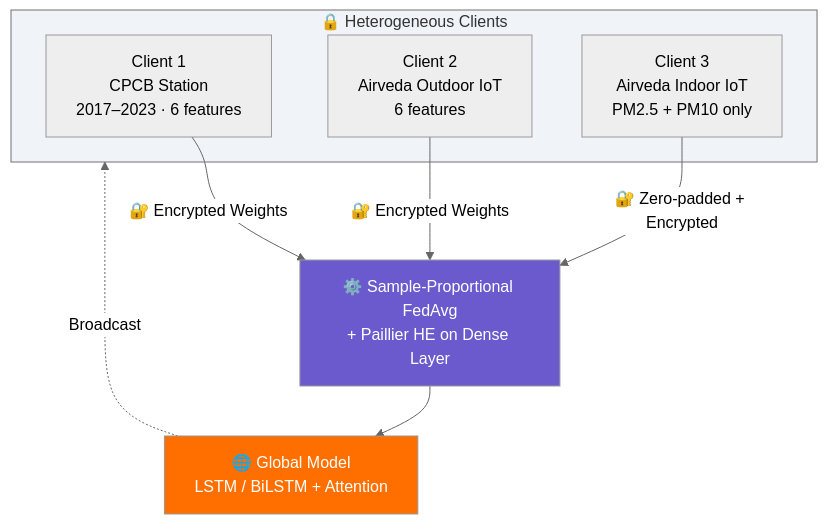
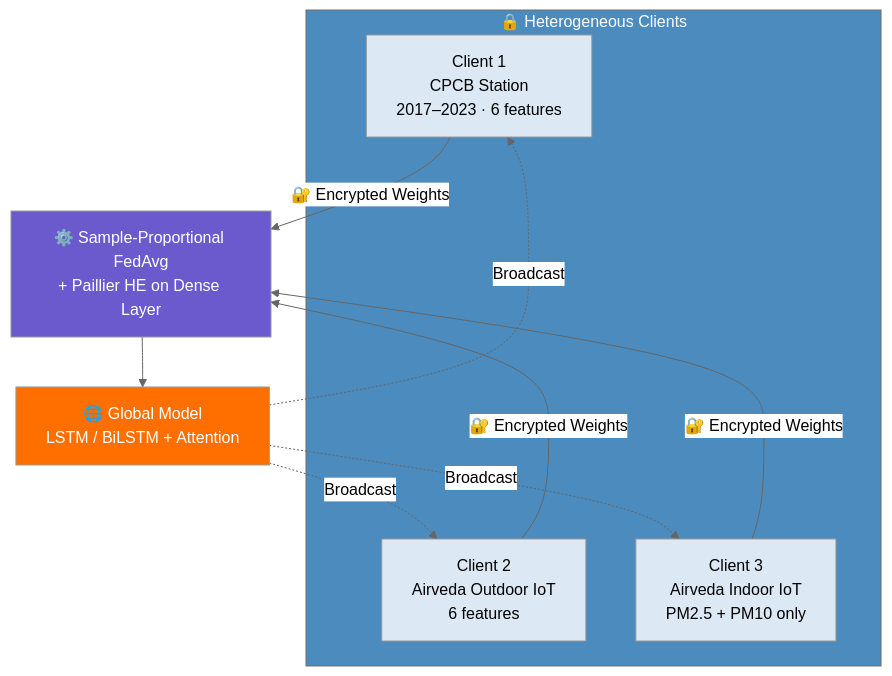
The diagram in README.md (manpreet-singh-aiml/AQI-JALANDHAR), drawn with Mermaid (neutral theme) before and after one commit. The commit also changed other lines of this file, not shown here.

````diff
--- a/README.md
+++ b/README.md
@@ -32,20 +39,25 @@
 ```mermaid
 graph TB
     subgraph Clients["🔒 Heterogeneous Clients"]
         C1["Client 1<br/>CPCB Station<br/>2017–2023 · 6 features"]
         C2["Client 2<br/>Airveda Outdoor IoT<br/>6 features"]
         C3["Client 3<br/>Airveda Indoor IoT<br/>PM2.5 + PM10 only"]
     end
 
     C1 -->|🔐 Encrypted Weights| AGG
     C2 -->|🔐 Encrypted Weights| AGG
-    C3 -->|🔐 Zero-padded + Encrypted| AGG
+    C3 -->|🔐 Encrypted Weights| AGG
 
     AGG["⚙️ Sample-Proportional FedAvg<br/>+ Paillier HE on Dense Layer"]
     AGG --> GM["🌐 Global Model<br/>LSTM / BiLSTM + Attention"]
-    GM -.->|Broadcast| Clients
+    GM -.->|Broadcast| C1
+    GM -.->|Broadcast| C2
+    GM -.->|Broadcast| C3
 
     style AGG fill:#6A5ACD,color:#fff
     style GM fill:#FF6F00,color:#fff
-    style Clients fill:#f0f4f8
+    style Clients fill:#4B8BBE,color:#fff
+    style C1 fill:#dce9f5,color:#000
+    style C2 fill:#dce9f5,color:#000
+    style C3 fill:#dce9f5,color:#000
 ```
````
